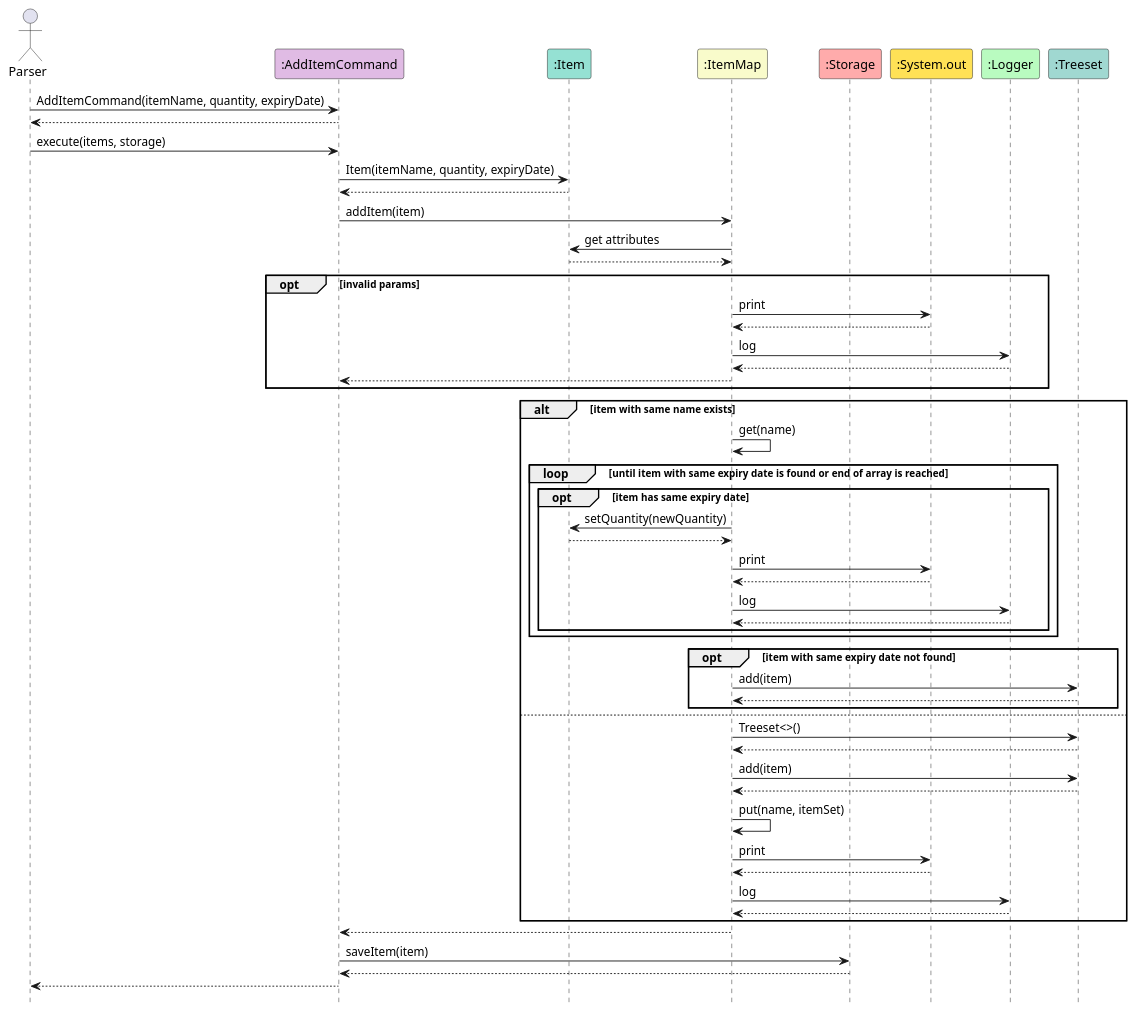
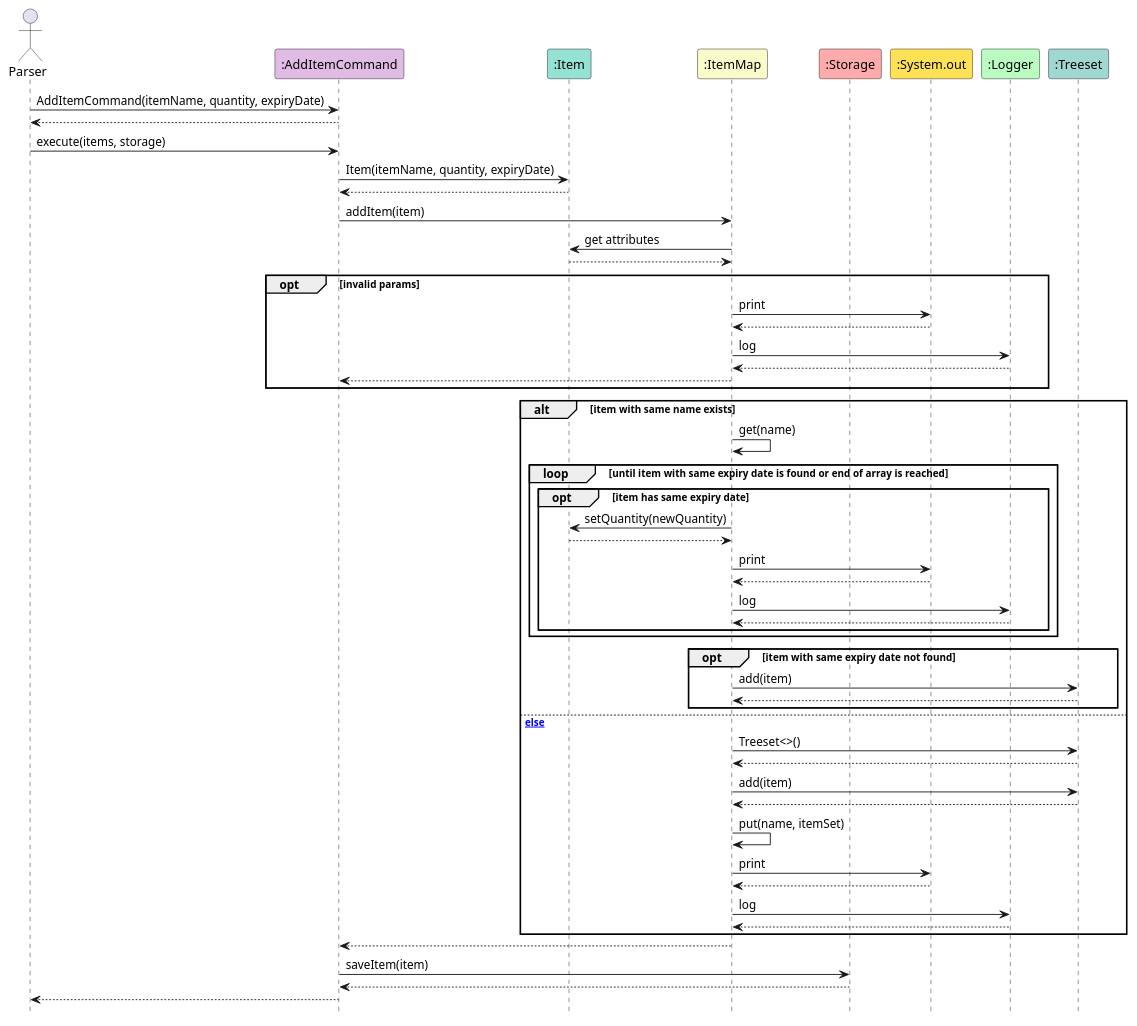
The diagram in docs/diagrams/AddItemCommand-SequenceDiagram.puml (yijiano/tp), drawn with PlantUML before and after one commit.

Commit message:
Improve else visibility

```diff
--- a/docs/diagrams/AddItemCommand-SequenceDiagram.puml
+++ b/docs/diagrams/AddItemCommand-SequenceDiagram.puml
@@ -1,66 +1,66 @@
 @startuml
 
 hide footbox
 skinparam sequenceReferenceBackgroundColor #f7807c
 
 actor Parser
 
 participant ":AddItemCommand" as AddItemCommand #E0BBE4
 participant ":Item" as Item #95E1D3
 participant ":ItemMap" as ItemMap #F9FBCB
 participant ":Storage" as Storage #FFABAB
 participant ":System.out" as System.out #FFE156
 participant ":Logger" as Logger #B9FBC0
 participant ":Treeset" as Treeset #A0D8D1
 
 Parser -> AddItemCommand : AddItemCommand(itemName, quantity, expiryDate)
 return
 Parser -> AddItemCommand : execute(items, storage)
 AddItemCommand -> Item : Item(itemName, quantity, expiryDate)
 return
 AddItemCommand -> ItemMap : addItem(item)
 ItemMap -> Item : get attributes
 return
 
 opt invalid params
     ItemMap -> System.out : print
     return
     ItemMap -> Logger : log
     return
     ItemMap --> AddItemCommand
 end
 
 alt item with same name exists
     ItemMap -> ItemMap : get(name)
     loop until item with same expiry date is found or end of array is reached
         opt item has same expiry date
             ItemMap -> Item : setQuantity(newQuantity)
             return
             ItemMap -> System.out : print
             return
             ItemMap -> Logger : log
             return
         end
 
     end
     opt item with same expiry date not found
         ItemMap -> Treeset : add(item)
         return
     end
-else
+else [else]
     ItemMap -> Treeset : Treeset<>()
     return
     ItemMap -> Treeset : add(item)
     return
     ItemMap -> ItemMap : put(name, itemSet)
     ItemMap -> System.out : print
     return
     ItemMap -> Logger : log
     return
 end
 ItemMap --> AddItemCommand
 AddItemCommand -> Storage : saveItem(item)
 return
 AddItemCommand --> Parser
 
 @enduml
```
